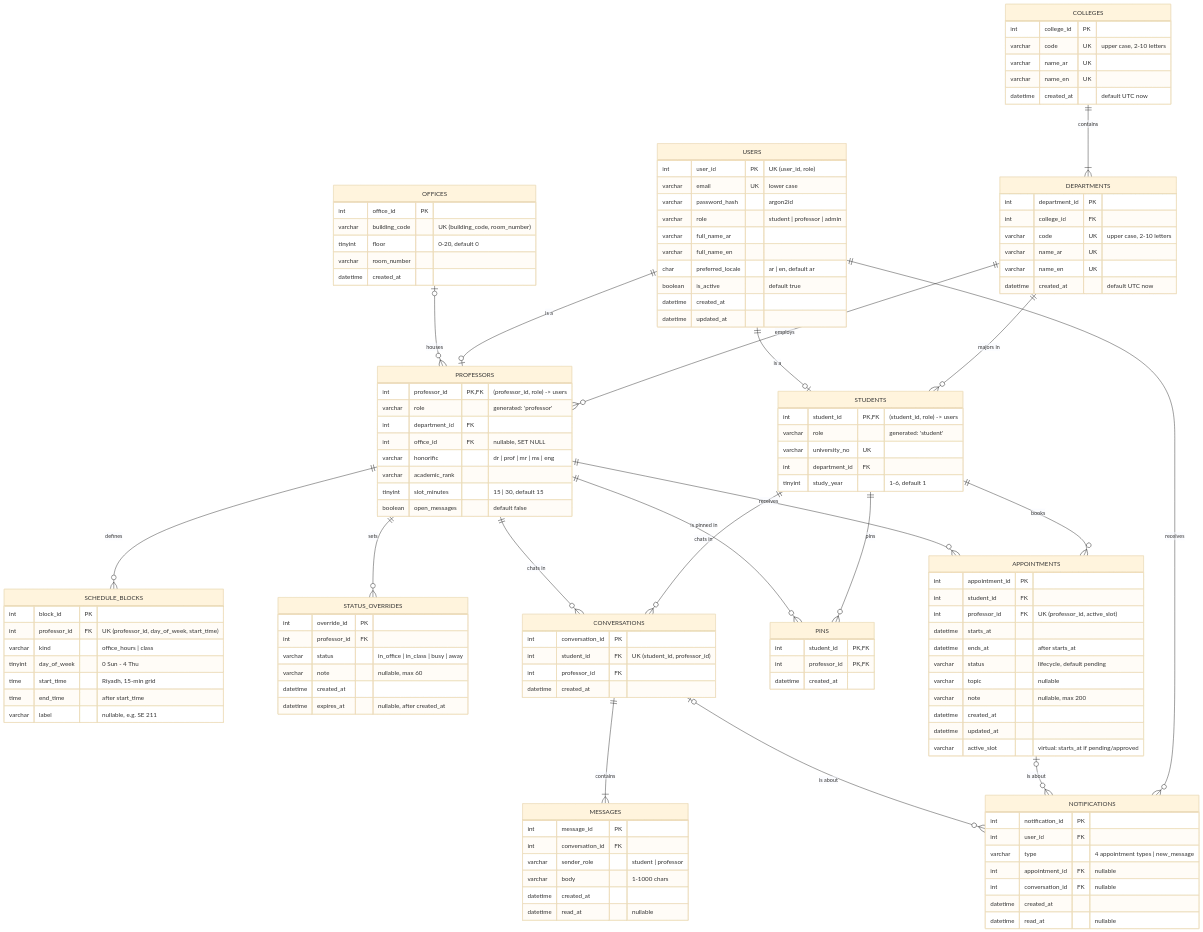
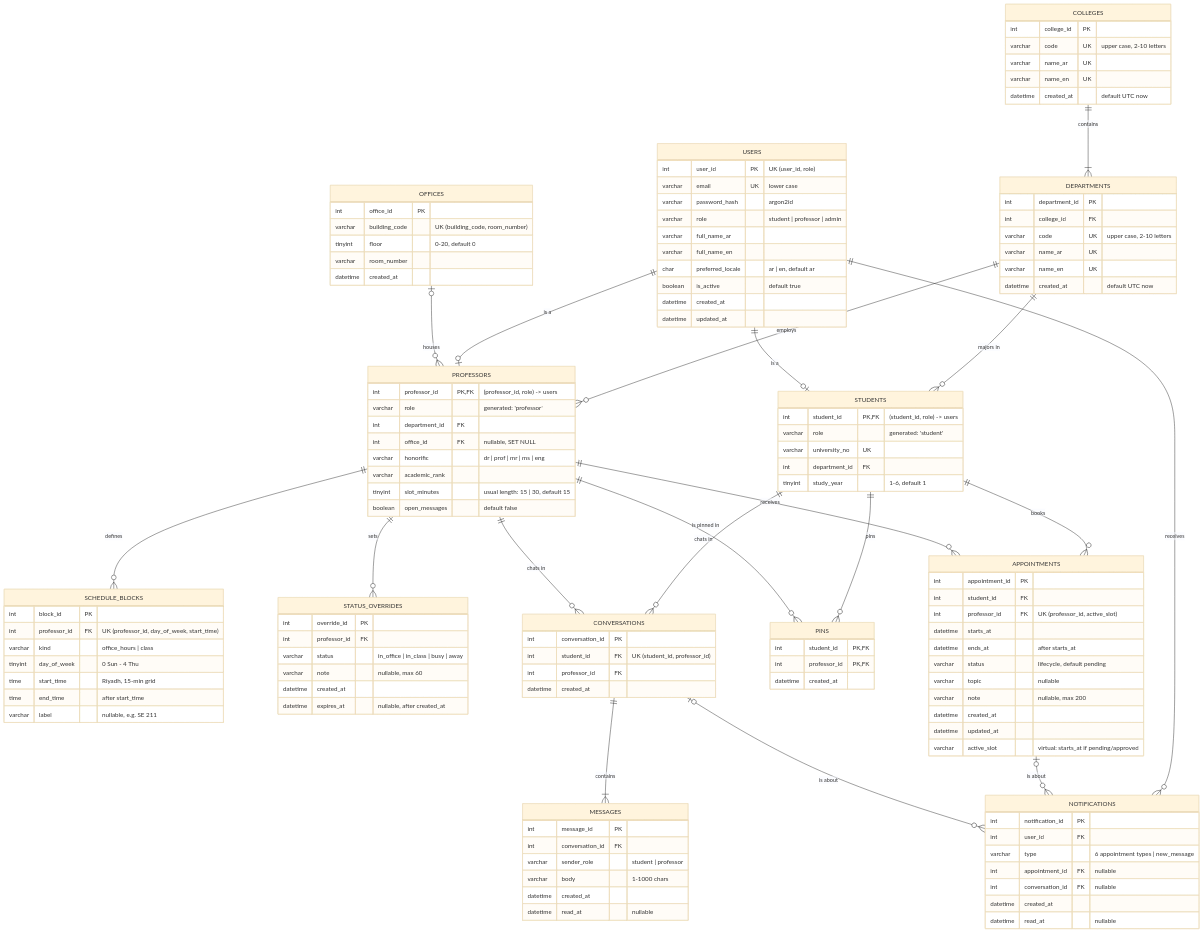
One commit to anas-aljamil/AI418-AnasAljamil changed the diagram in docs/er-diagram.md. Above: the diagram before and after it, drawn with Mermaid (base theme). The commit also changed other lines of this file and 61 other files, not shown here.

```diff
--- a/docs/er-diagram.md
+++ b/docs/er-diagram.md
@@ -80,7 +80,7 @@
         int office_id FK "nullable, SET NULL"
         varchar honorific "dr | prof | mr | ms | eng"
         varchar academic_rank
-        tinyint slot_minutes "15 | 30, default 15"
+        tinyint slot_minutes "usual length: 15 | 30, default 15"
         boolean open_messages "default false"
     }
     SCHEDULE_BLOCKS {
@@ -135,7 +135,7 @@
     NOTIFICATIONS {
         int notification_id PK
         int user_id FK
-        varchar type "4 appointment types | new_message"
+        varchar type "6 appointment types | new_message"
         int appointment_id FK "nullable"
         int conversation_id FK "nullable"
         datetime created_at
```
